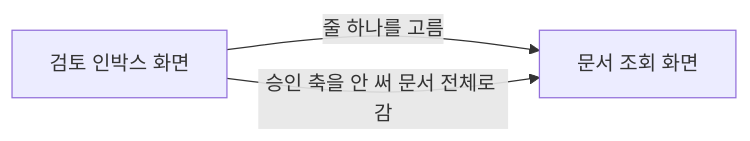
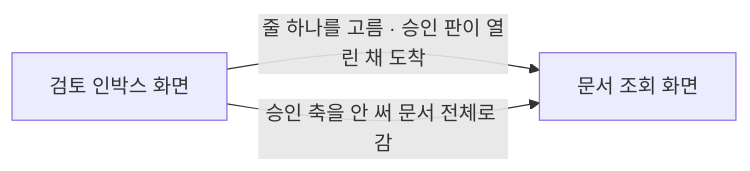
Before and after one commit to runtime-co-kr/rundol: the diagram in docs/screens/SCR-005-검토-인박스-화면.md, drawn with Mermaid. The commit also changed other lines of this file and 80 other files, not shown here.

````diff
--- a/docs/screens/SCR-005-검토-인박스-화면.md
+++ b/docs/screens/SCR-005-검토-인박스-화면.md
@@ -103,5 +109,5 @@
 ```mermaid
 flowchart LR
-    SCR-005["검토 인박스 화면"] -->|"줄 하나를 고름"| SCR-006["문서 조회 화면"]
+    SCR-005["검토 인박스 화면"] -->|"줄 하나를 고름 · 승인 판이 열린 채 도착"| SCR-006["문서 조회 화면"]
     SCR-005 -->|"승인 축을 안 써 문서 전체로 감"| SCR-006
 ```
````
